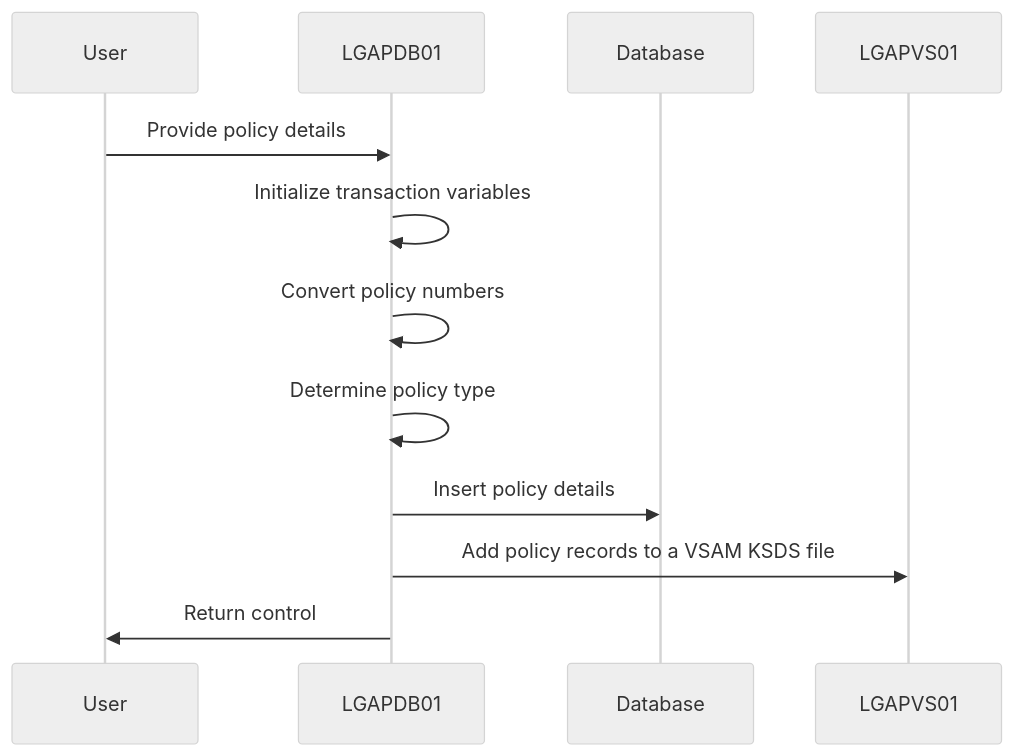
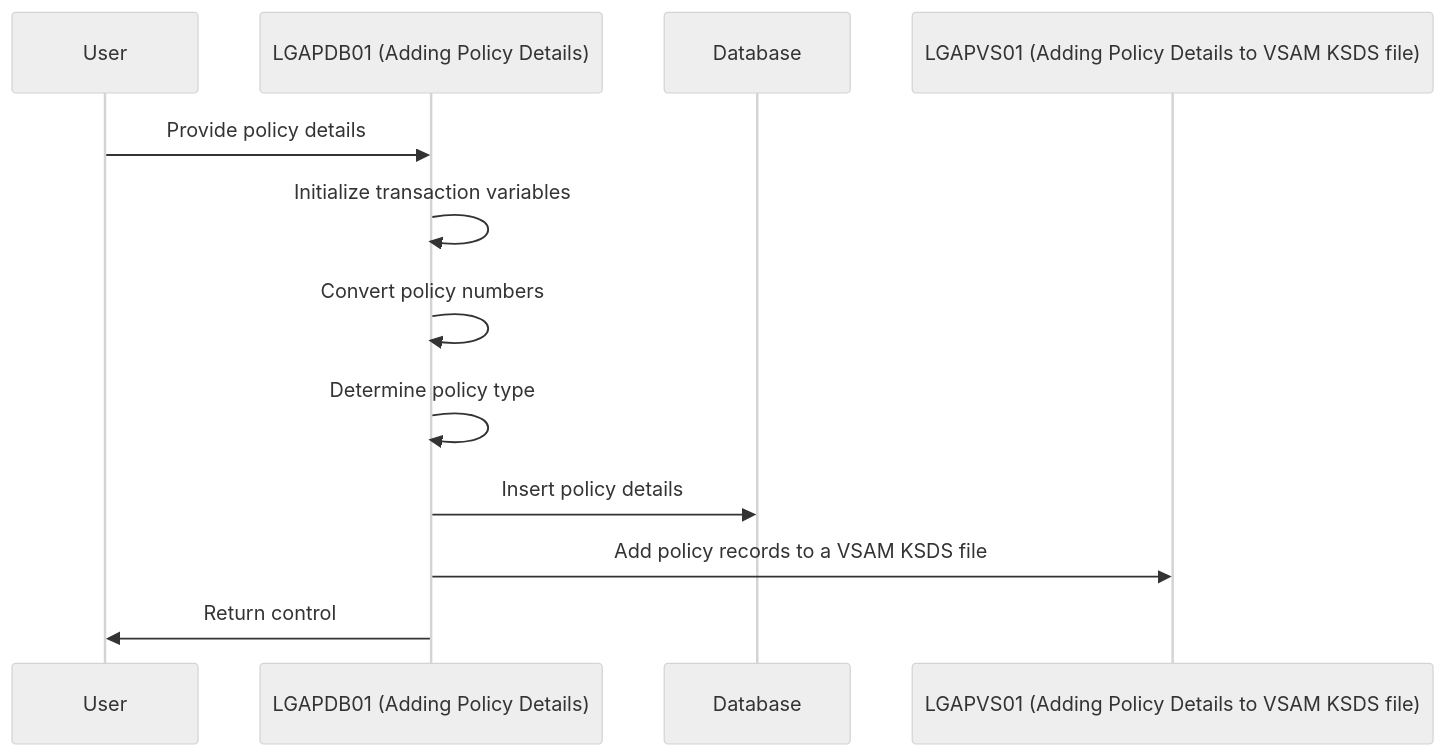
Before and after one commit to Swimm-Demo/kyndryl-cics-genapp: the first of 3 diagrams in .swm/adding-policy-details-lgapdb01.qwlyg8t4.sw.md, drawn with Mermaid (neutral theme). The commit also changed other lines of this file, not shown here.

Commit message:
Clarifying names on intro diagram

````diff
--- a/.swm/adding-policy-details-lgapdb01.qwlyg8t4.sw.md
+++ b/.swm/adding-policy-details-lgapdb01.qwlyg8t4.sw.md
@@ -14,26 +14,26 @@
 ```mermaid
 sequenceDiagram
   participant User
-  participant LGAPDB01
+  participant LGAPDB01 (Adding Policy Details)
   participant Database
-  User->>LGAPDB01: Provide policy details
-  LGAPDB01->>LGAPDB01: Initialize transaction variables
-  LGAPDB01->>LGAPDB01: Convert policy numbers
-  LGAPDB01->>LGAPDB01: Determine policy type
-  LGAPDB01->>Database: Insert policy details
-  LGAPDB01->>LGAPVS01: Add policy records to a VSAM KSDS file
-  LGAPDB01->>User: Return control
+  User->>LGAPDB01 (Adding Policy Details): Provide policy details
+  LGAPDB01 (Adding Policy Details)->>LGAPDB01 (Adding Policy Details): Initialize transaction variables
+  LGAPDB01 (Adding Policy Details)->>LGAPDB01 (Adding Policy Details): Convert policy numbers
+  LGAPDB01 (Adding Policy Details)->>LGAPDB01 (Adding Policy Details): Determine policy type
+  LGAPDB01 (Adding Policy Details)->>Database: Insert policy details
+  LGAPDB01 (Adding Policy Details)->>LGAPVS01 (Adding Policy Details to VSAM KSDS file): Add policy records to a VSAM KSDS file
+  LGAPDB01 (Adding Policy Details)->>User: Return control
 
 %% Swimm:
 %% sequenceDiagram
 %%   participant User
-%%   participant <SwmToken path="base/src/lgapdb01.cbl" pos="13:6:6" line-data="       PROGRAM-ID. LGAPDB01.">`LGAPDB01`</SwmToken>
+%%   participant <SwmToken path="base/src/lgapdb01.cbl" pos="13:6:6" line-data="       PROGRAM-ID. LGAPDB01.">`LGAPDB01`</SwmToken> (Adding Policy Details)
 %%   participant Database
-%%   User->><SwmToken path="base/src/lgapdb01.cbl" pos="13:6:6" line-data="       PROGRAM-ID. LGAPDB01.">`LGAPDB01`</SwmToken>: Provide policy details
-%%   <SwmToken path="base/src/lgapdb01.cbl" pos="13:6:6" line-data="       PROGRAM-ID. LGAPDB01.">`LGAPDB01`</SwmToken>->><SwmToken path="base/src/lgapdb01.cbl" pos="13:6:6" line-data="       PROGRAM-ID. LGAPDB01.">`LGAPDB01`</SwmToken>: Initialize transaction variables
-%%   <SwmToken path="base/src/lgapdb01.cbl" pos="13:6:6" line-data="       PROGRAM-ID. LGAPDB01.">`LGAPDB01`</SwmToken>->><SwmToken path="base/src/lgapdb01.cbl" pos="13:6:6" line-data="       PROGRAM-ID. LGAPDB01.">`LGAPDB01`</SwmToken>: Convert policy numbers
-%%   <SwmToken path="base/src/lgapdb01.cbl" pos="13:6:6" line-data="       PROGRAM-ID. LGAPDB01.">`LGAPDB01`</SwmToken>->><SwmToken path="base/src/lgapdb01.cbl" pos="13:6:6" line-data="       PROGRAM-ID. LGAPDB01.">`LGAPDB01`</SwmToken>: Determine policy type
-%%   <SwmToken path="base/src/lgapdb01.cbl" pos="13:6:6" line-data="       PROGRAM-ID. LGAPDB01.">`LGAPDB01`</SwmToken>->>Database: Insert policy details
-%%   <SwmToken path="base/src/lgapdb01.cbl" pos="13:6:6" line-data="       PROGRAM-ID. LGAPDB01.">`LGAPDB01`</SwmToken>->>LGAPVS01: Add policy records to a VSAM KSDS file
-%%   <SwmToken path="base/src/lgapdb01.cbl" pos="13:6:6" line-data="       PROGRAM-ID. LGAPDB01.">`LGAPDB01`</SwmToken>->>User: Return control
+%%   User->><SwmToken path="base/src/lgapdb01.cbl" pos="13:6:6" line-data="       PROGRAM-ID. LGAPDB01.">`LGAPDB01`</SwmToken> (Adding Policy Details): Provide policy details
+%%   <SwmToken path="base/src/lgapdb01.cbl" pos="13:6:6" line-data="       PROGRAM-ID. LGAPDB01.">`LGAPDB01`</SwmToken> (Adding Policy Details)->><SwmToken path="base/src/lgapdb01.cbl" pos="13:6:6" line-data="       PROGRAM-ID. LGAPDB01.">`LGAPDB01`</SwmToken> (Adding Policy Details): Initialize transaction variables
+%%   <SwmToken path="base/src/lgapdb01.cbl" pos="13:6:6" line-data="       PROGRAM-ID. LGAPDB01.">`LGAPDB01`</SwmToken> (Adding Policy Details)->><SwmToken path="base/src/lgapdb01.cbl" pos="13:6:6" line-data="       PROGRAM-ID. LGAPDB01.">`LGAPDB01`</SwmToken> (Adding Policy Details): Convert policy numbers
+%%   <SwmToken path="base/src/lgapdb01.cbl" pos="13:6:6" line-data="       PROGRAM-ID. LGAPDB01.">`LGAPDB01`</SwmToken> (Adding Policy Details)->><SwmToken path="base/src/lgapdb01.cbl" pos="13:6:6" line-data="       PROGRAM-ID. LGAPDB01.">`LGAPDB01`</SwmToken> (Adding Policy Details): Determine policy type
+%%   <SwmToken path="base/src/lgapdb01.cbl" pos="13:6:6" line-data="       PROGRAM-ID. LGAPDB01.">`LGAPDB01`</SwmToken> (Adding Policy Details)->>Database: Insert policy details
+%%   <SwmToken path="base/src/lgapdb01.cbl" pos="13:6:6" line-data="       PROGRAM-ID. LGAPDB01.">`LGAPDB01`</SwmToken> (Adding Policy Details)->>LGAPVS01 (Adding Policy Details to VSAM KSDS file): Add policy records to a VSAM KSDS file
+%%   <SwmToken path="base/src/lgapdb01.cbl" pos="13:6:6" line-data="       PROGRAM-ID. LGAPDB01.">`LGAPDB01`</SwmToken> (Adding Policy Details)->>User: Return control
 ```
````
